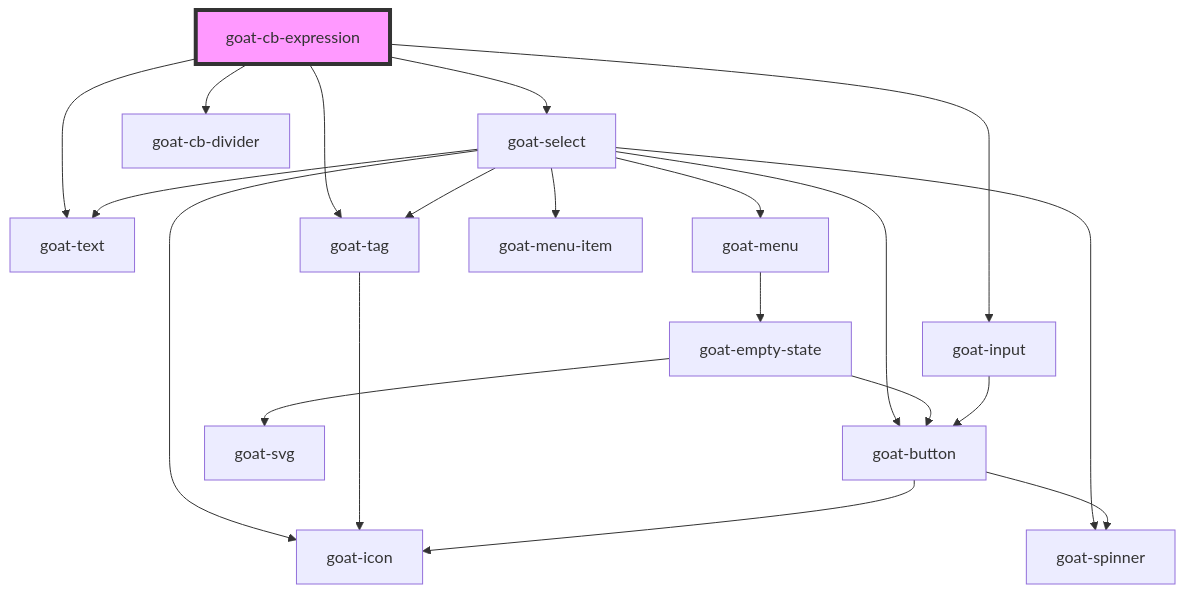
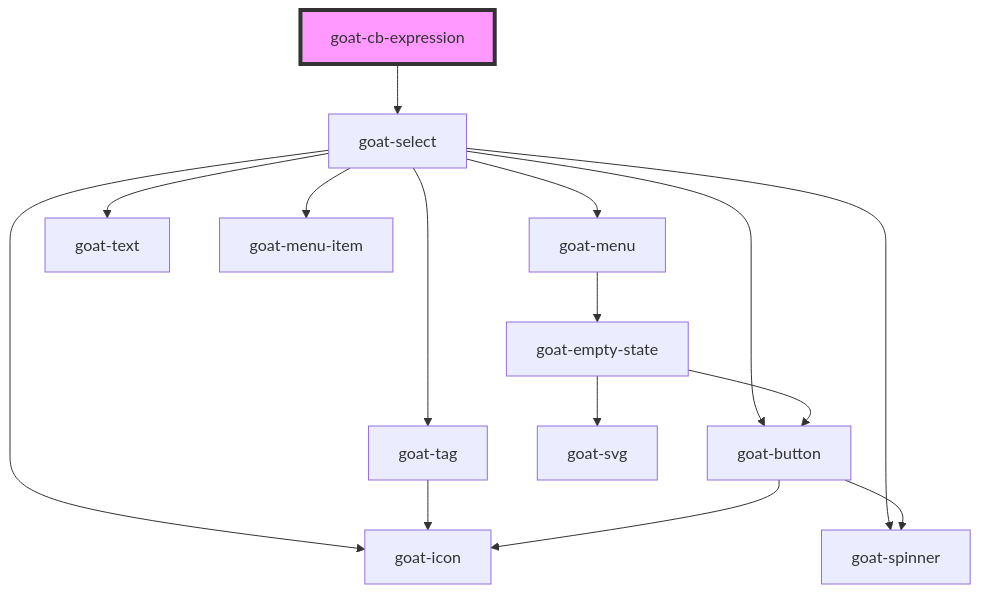
Before and after one commit to goatui/components: the diagram in src/components/condition-builder/cb-expression/readme.md, drawn with Mermaid. The commit also changed other lines of this file and 32 other files, not shown here.

````diff
--- a/src/components/condition-builder/cb-expression/readme.md
+++ b/src/components/condition-builder/cb-expression/readme.md
@@ -27,23 +23,18 @@
 ```mermaid
 graph TD;
   goat-cb-expression --> goat-select
-  goat-cb-expression --> goat-input
-  goat-cb-expression --> goat-text
-  goat-cb-expression --> goat-cb-divider
-  goat-cb-expression --> goat-tag
   goat-select --> goat-icon
   goat-select --> goat-tag
   goat-select --> goat-button
   goat-select --> goat-spinner
   goat-select --> goat-menu
   goat-select --> goat-text
   goat-select --> goat-menu-item
   goat-tag --> goat-icon
   goat-button --> goat-icon
   goat-button --> goat-spinner
   goat-menu --> goat-empty-state
   goat-empty-state --> goat-svg
   goat-empty-state --> goat-button
-  goat-input --> goat-button
   style goat-cb-expression fill:#f9f,stroke:#333,stroke-width:4px
 ```
````
